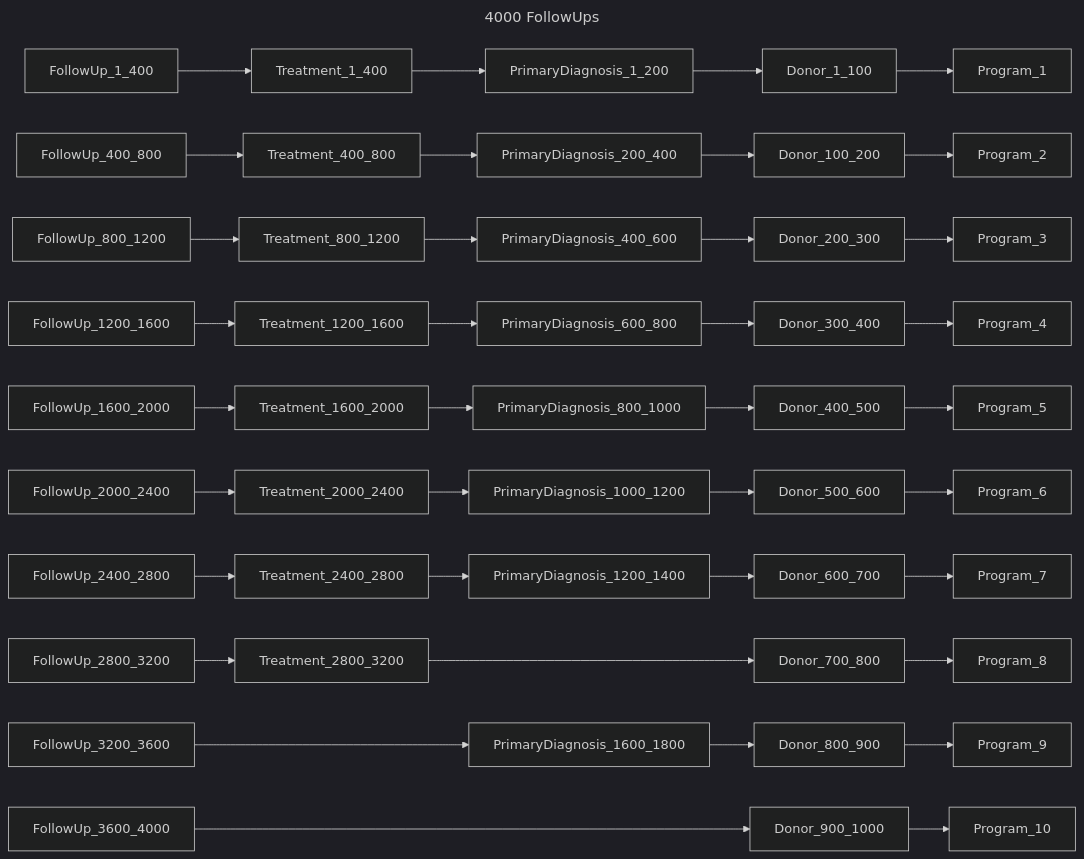
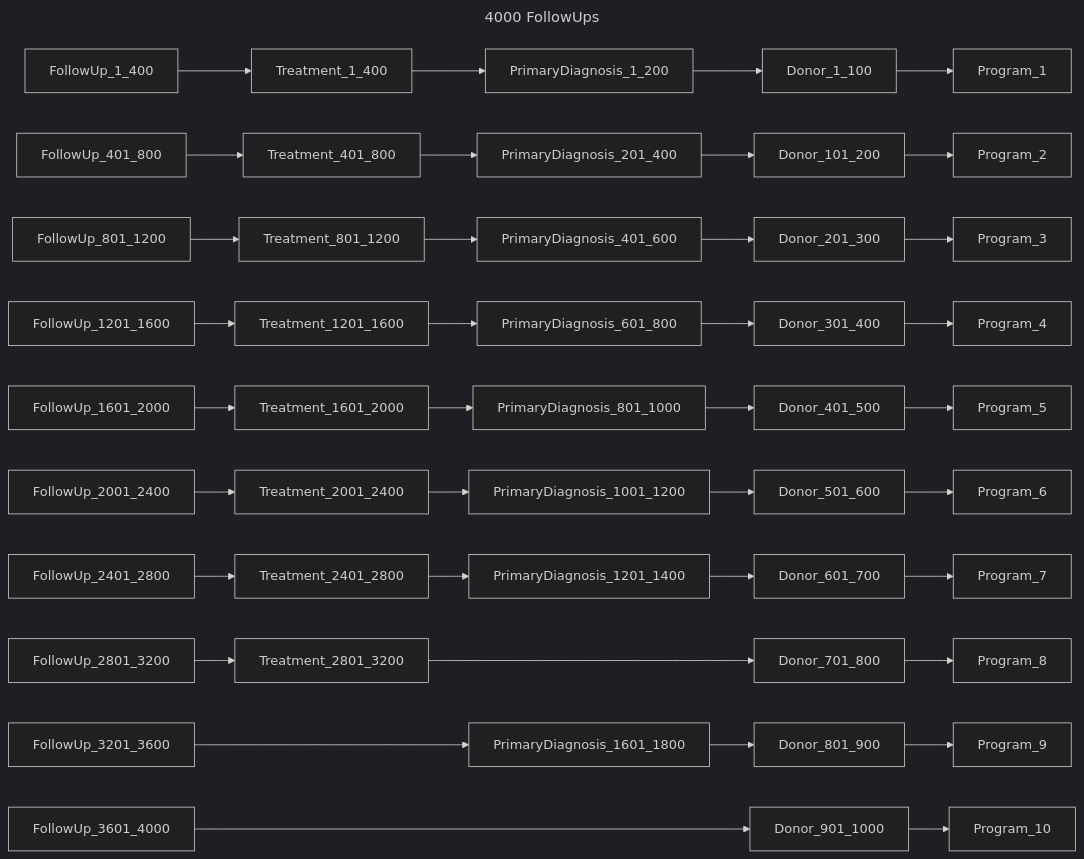
Before and after one commit to bento-platform/katsu: diagram 11 of 13 in chord_metadata_service/mohpackets/data/large_dataset/README.md, drawn with Mermaid (dark theme). The commit also changed other lines of this file, not shown here.

````diff
--- a/chord_metadata_service/mohpackets/data/large_dataset/README.md
+++ b/chord_metadata_service/mohpackets/data/large_dataset/README.md
@@ -158,16 +158,16 @@
 ```mermaid
 ---
 title: 4000 FollowUps
 ---
 graph LR;  
   FollowUp_1_400 --> Treatment_1_400 --> PrimaryDiagnosis_1_200 --> Donor_1_100 --> Program_1;
-  FollowUp_400_800 --> Treatment_400_800 --> PrimaryDiagnosis_200_400 --> Donor_100_200 --> Program_2;  
-  FollowUp_800_1200 --> Treatment_800_1200 --> PrimaryDiagnosis_400_600 --> Donor_200_300 --> Program_3;  
-  FollowUp_1200_1600 --> Treatment_1200_1600 --> PrimaryDiagnosis_600_800 --> Donor_300_400 --> Program_4;  
-  FollowUp_1600_2000 --> Treatment_1600_2000 --> PrimaryDiagnosis_800_1000 --> Donor_400_500 --> Program_5;  
-  FollowUp_2000_2400 --> Treatment_2000_2400 --> PrimaryDiagnosis_1000_1200 --> Donor_500_600 --> Program_6;  
-  FollowUp_2400_2800 --> Treatment_2400_2800 --> PrimaryDiagnosis_1200_1400 --> Donor_600_700 --> Program_7;  
-  FollowUp_2800_3200 --> Treatment_2800_3200 ---> Donor_700_800 --> Program_8;  
-  FollowUp_3200_3600 ---> PrimaryDiagnosis_1600_1800 --> Donor_800_900 --> Program_9;
-  FollowUp_3600_4000 ----> Donor_900_1000 --> Program_10;  
+  FollowUp_401_800 --> Treatment_401_800 --> PrimaryDiagnosis_201_400 --> Donor_101_200 --> Program_2;  
+  FollowUp_801_1200 --> Treatment_801_1200 --> PrimaryDiagnosis_401_600 --> Donor_201_300 --> Program_3;  
+  FollowUp_1201_1600 --> Treatment_1201_1600 --> PrimaryDiagnosis_601_800 --> Donor_301_400 --> Program_4;  
+  FollowUp_1601_2000 --> Treatment_1601_2000 --> PrimaryDiagnosis_801_1000 --> Donor_401_500 --> Program_5;  
+  FollowUp_2001_2400 --> Treatment_2001_2400 --> PrimaryDiagnosis_1001_1200 --> Donor_501_600 --> Program_6;  
+  FollowUp_2401_2800 --> Treatment_2401_2800 --> PrimaryDiagnosis_1201_1400 --> Donor_601_700 --> Program_7;  
+  FollowUp_2801_3200 --> Treatment_2801_3200 ---> Donor_701_800 --> Program_8;  
+  FollowUp_3201_3600 ---> PrimaryDiagnosis_1601_1800 --> Donor_801_900 --> Program_9;
+  FollowUp_3601_4000 ----> Donor_901_1000 --> Program_10;  
 ```
````
